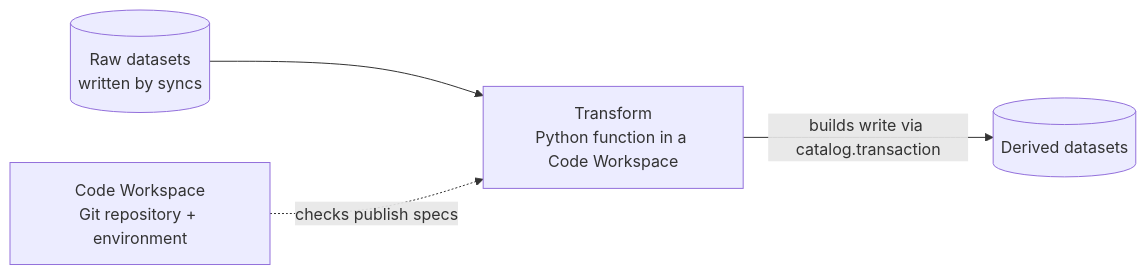
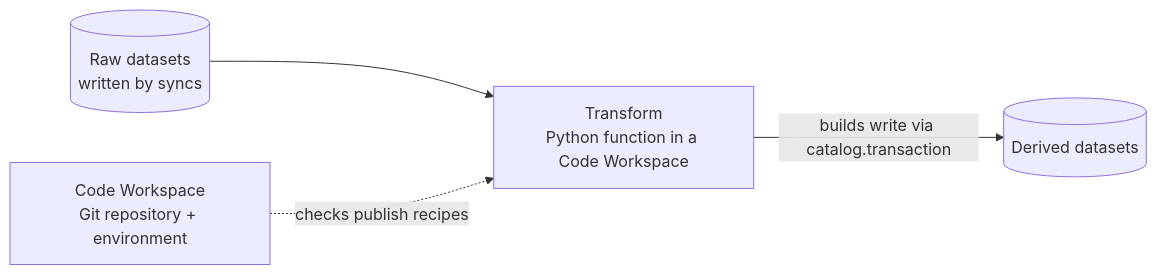
One commit to RolandTeslaru/Quarry changed the diagram in docs/design/transforms.md. Above: the diagram before and after it, drawn with Mermaid. The commit also changed other lines of this file and 44 other files, not shown here.

````diff
--- a/docs/design/transforms.md
+++ b/docs/design/transforms.md
@@ -7,6 +7,6 @@
 ```mermaid
 flowchart LR
     raw[("Raw datasets<br/>written by syncs")] --> t["Transform<br/>Python function in a Code Workspace"]
     t -- builds write via catalog.transaction --> out[("Derived datasets")]
-    ws["Code Workspace<br/>Git repository + environment"] -. checks publish specs .-> t
+    ws["Code Workspace<br/>Git repository + environment"] -. checks publish recipes .-> t
 ```
````
